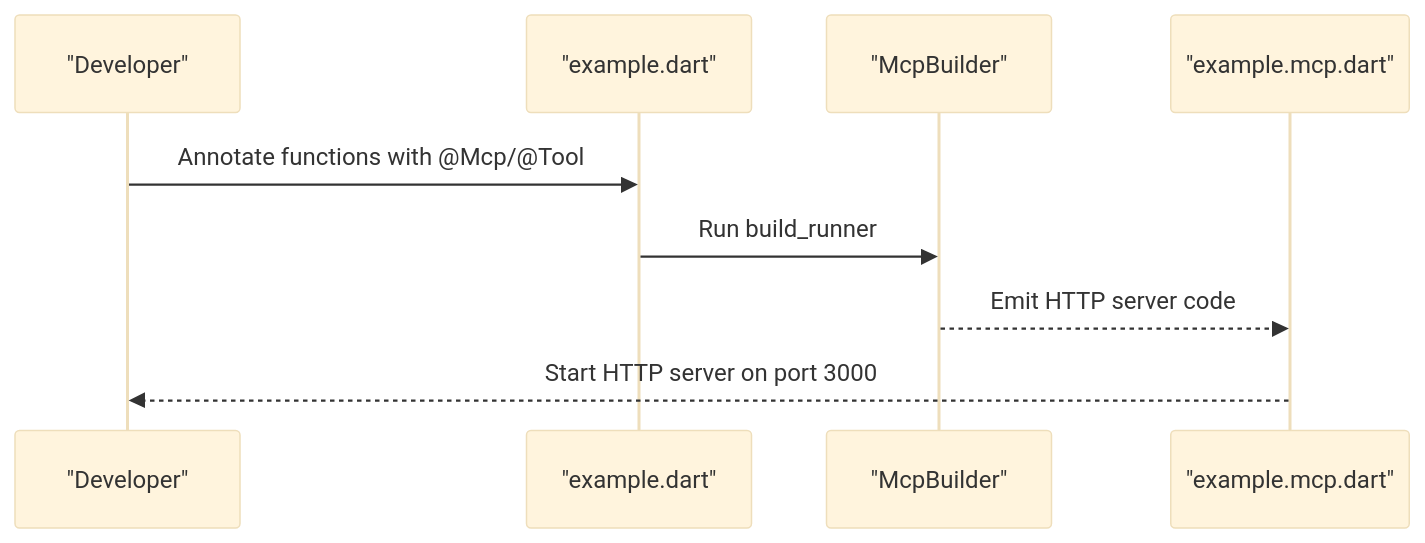
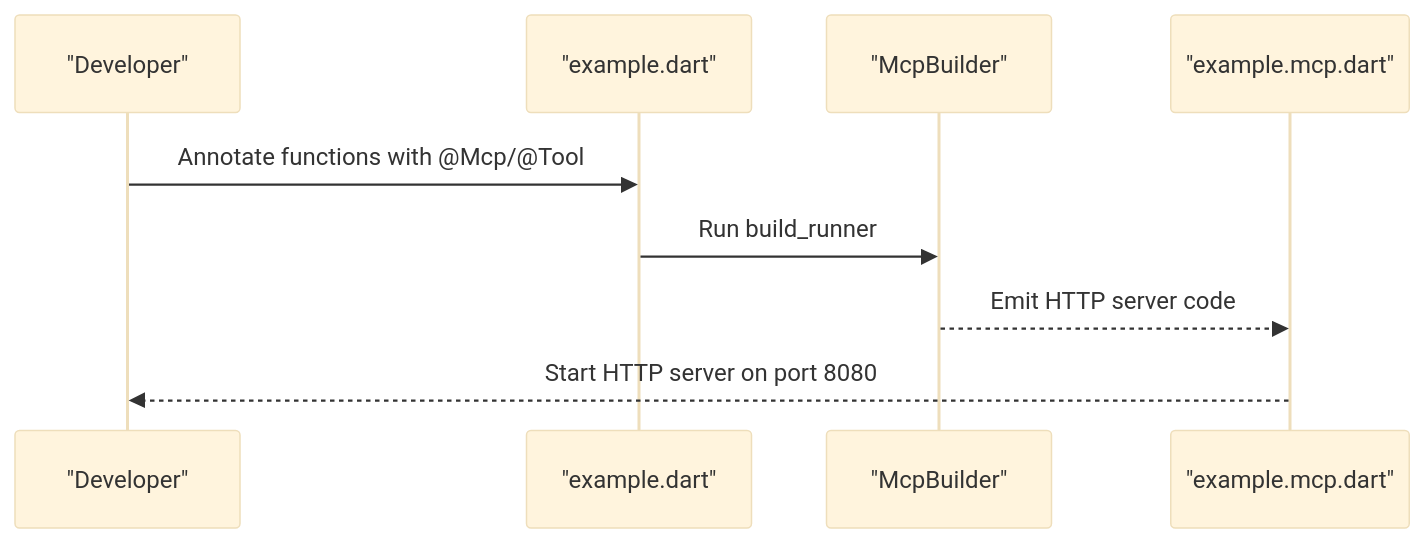
The eighth of 9 diagrams in .qoder/repowiki/en/content/Core Concepts/Core Concepts.md (cdavis-code/easy_mcp_workspace), drawn with Mermaid (base theme) before and after one commit. The commit also changed other lines of this file and 13 other files, not shown here.

````diff
--- a/.qoder/repowiki/en/content/Core Concepts/Core Concepts.md
+++ b/.qoder/repowiki/en/content/Core Concepts/Core Concepts.md
@@ -303,11 +319,11 @@
 ```mermaid
 sequenceDiagram
 participant Dev as "Developer"
 participant Bin as "example.dart"
 participant Gen as "McpBuilder"
 participant Http as "example.mcp.dart"
 Dev->>Bin : Annotate functions with @Mcp/@Tool
 Bin->>Gen : Run build_runner
 Gen-->>Http : Emit HTTP server code
-Http-->>Dev : Start HTTP server on port 3000
+Http-->>Dev : Start HTTP server on port 8080
 ```
````
